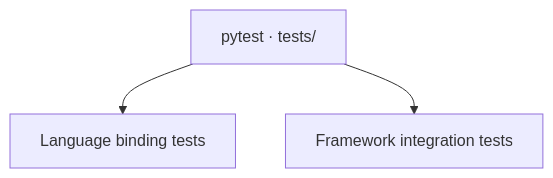
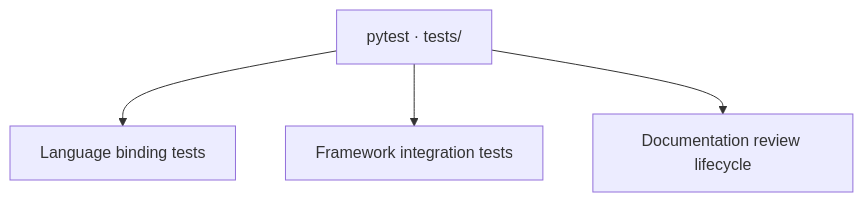
Before and after one commit to Lizhou31/codewiki: the diagram in codewiki/wiki/testing.md, drawn with Mermaid. The commit also changed other lines of this file and 37 other files, not shown here.

Commit message:
feat: add content-based documentation reviews and CI checks

````diff
--- a/codewiki/wiki/testing.md
+++ b/codewiki/wiki/testing.md
@@ -22,5 +23,6 @@
 ```mermaid
 flowchart TB
   suite["pytest · tests/"] --> adapters["Language binding tests"]
   suite --> integration["Framework integration tests"]
+  suite --> reviews["Documentation review lifecycle"]
 ```
````
